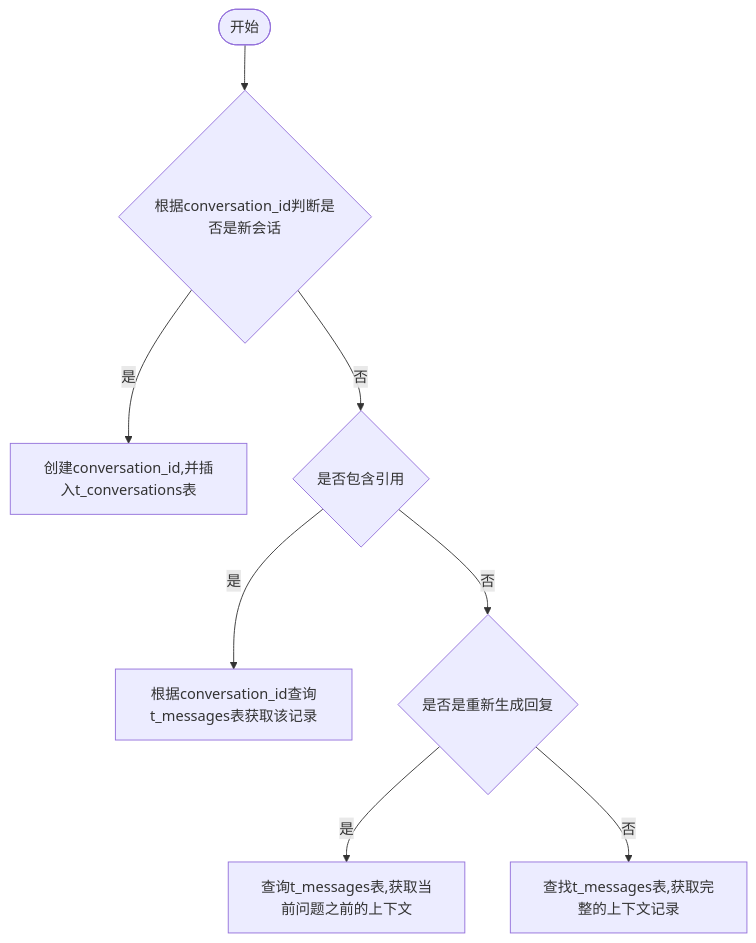
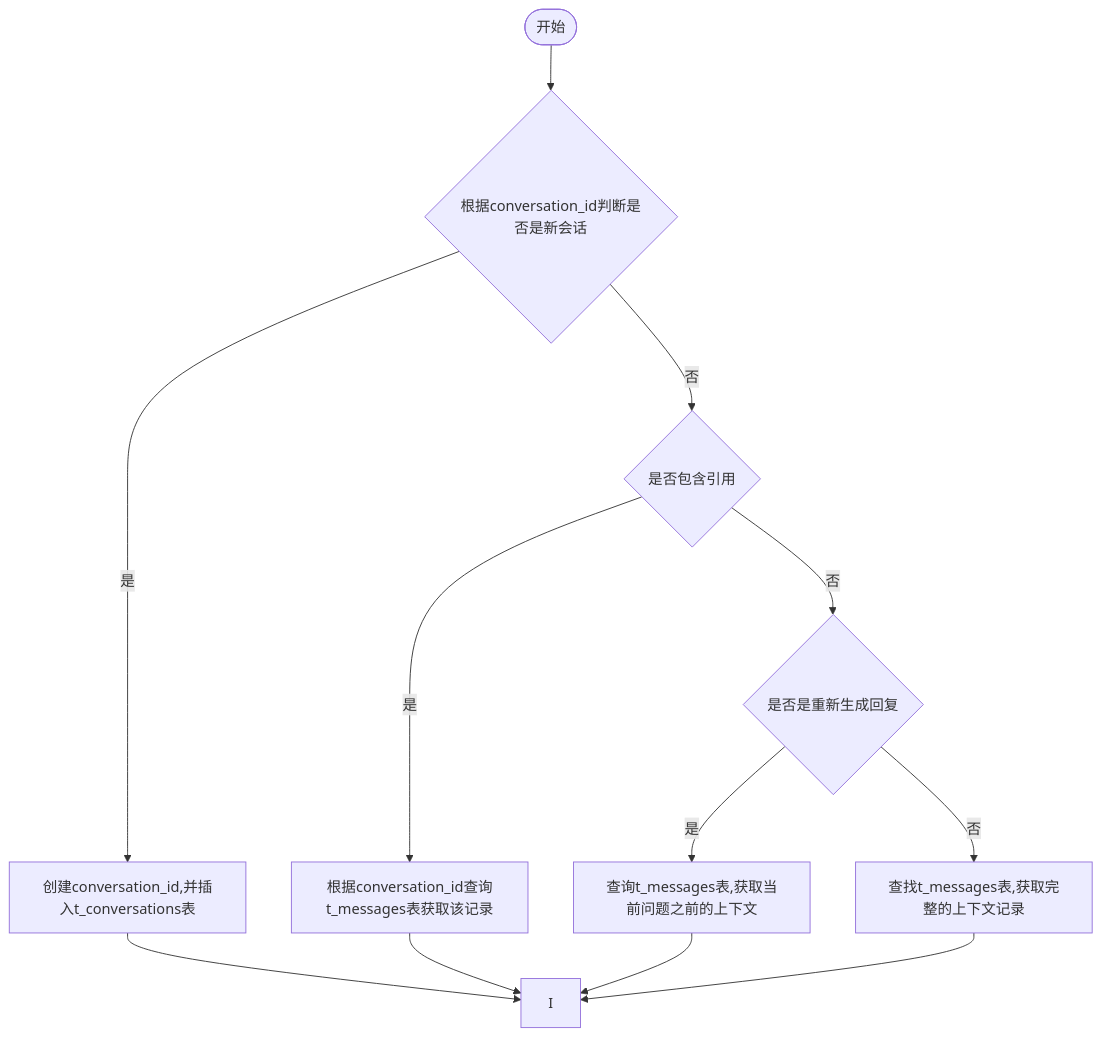
One commit to yingjianzh/iodraw-files changed the diagram in all/未命名-7.md. Above: the diagram before and after it, drawn with Mermaid.

Commit message:
2024-10-12 14:25:21 update

````diff
--- a/all/未命名-7.md
+++ b/all/未命名-7.md
@@ -1,14 +1,14 @@
 ```mermaid
 flowchart TD
     A([开始]) --> B{根据conversation_id判断是否是新会话}
     B -- 是 --> C[创建conversation_id,并插入t_conversations表]
     B -- 否 --> D{是否包含引用}
     D -- 是 --> E[根据conversation_id查询t_messages表获取该记录]
     D -- 否 --> F{是否是重新生成回复}
     F -- 是 --> G[查询t_messages表,获取当前问题之前的上下文]
     F -- 否 --> H[查找t_messages表,获取完整的上下文记录]
      
-    C & E & G 
+    C & E & G & H --> I
 
 
 ```
````
